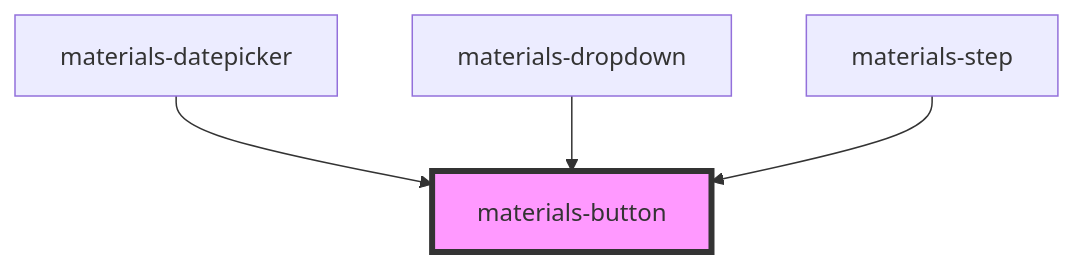
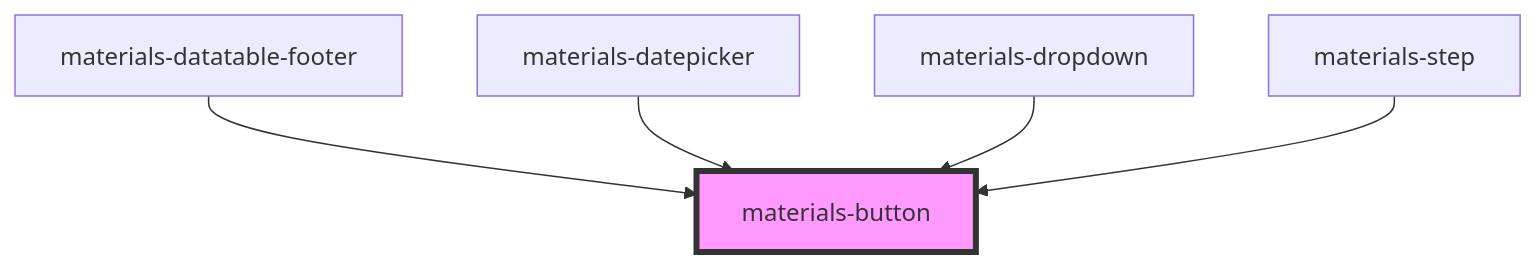
One commit to GMV-centravet/materials-elements changed the diagram in packages/materials/src/components/button/readme.md. Above: the diagram before and after it, drawn with Mermaid. The commit also changed other lines of this file and 16 other files, not shown here.

````diff
--- a/packages/materials/src/components/button/readme.md
+++ b/packages/materials/src/components/button/readme.md
@@ -41,7 +42,8 @@
 ```mermaid
 graph TD;
+  materials-datatable-footer --> materials-button
   materials-datepicker --> materials-button
   materials-dropdown --> materials-button
   materials-step --> materials-button
   style materials-button fill:#f9f,stroke:#333,stroke-width:4px
 ```
````
